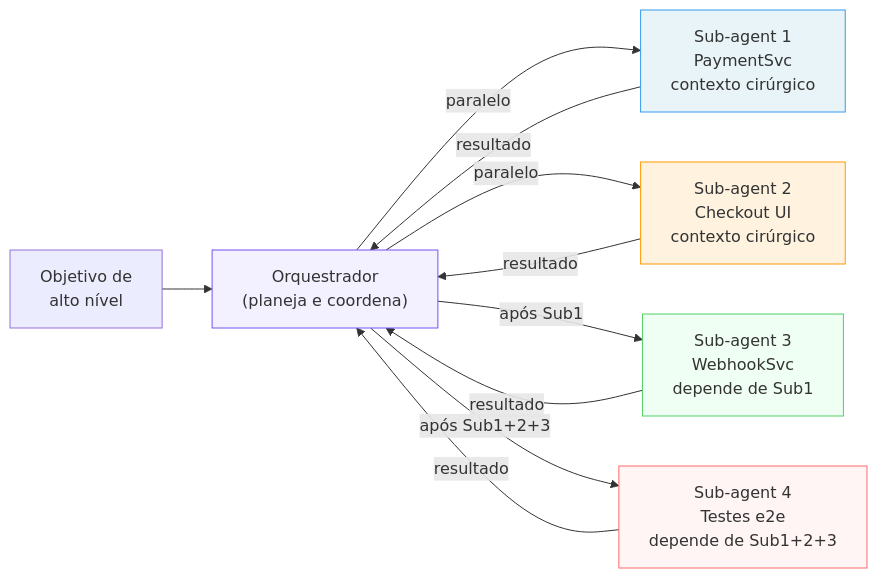
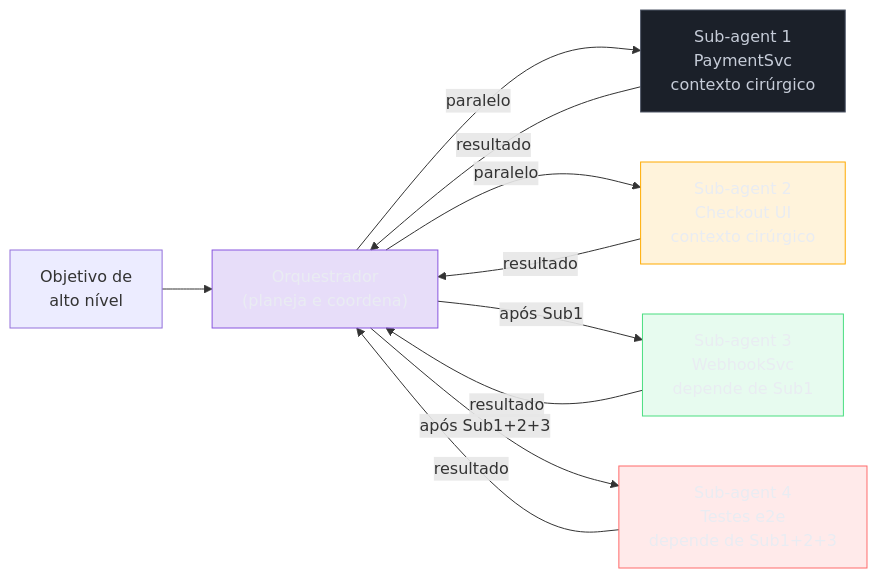
One commit to josenaldo/codex-technomanticus changed the diagram in 03-Dominios/Tecnologia/IA/Claude Code/Workflows/08 - Multi-agent.md. Above: the diagram before and after it, drawn with Mermaid. The commit also changed 1181 other files, not shown here.

First line of the commit message:
fix(diagramas): paleta do sistema no lugar de cor cravada no markdown

````diff
--- a/03-Dominios/Tecnologia/IA/Claude Code/Workflows/08 - Multi-agent.md
+++ b/03-Dominios/Tecnologia/IA/Claude Code/Workflows/08 - Multi-agent.md
@@ -31,26 +31,31 @@
 ```mermaid
 flowchart LR
+    classDef marca fill:#8855DF33,stroke:#8855DF,color:#E9ECF2
+    classDef neutro fill:#1B2029,stroke:#4E5666,color:#C6CCD8
+    classDef destaque fill:#FFAA0024,stroke:#FFAA00,color:#E9ECF2
+    classDef ok fill:#4ADE8021,stroke:#4ADE80,color:#E9ECF2
+    classDef falha fill:#FF6B6B24,stroke:#FF6B6B,color:#E9ECF2
     objetivo["Objetivo de\nalto nível"]
     orch["Orquestrador\n(planeja e coordena)"]
 
     sub1["Sub-agent 1\nPaymentSvc\ncontexto cirúrgico"]
     sub2["Sub-agent 2\nCheckout UI\ncontexto cirúrgico"]
     sub3["Sub-agent 3\nWebhookSvc\ndepende de Sub1"]
     sub4["Sub-agent 4\nTestes e2e\ndepende de Sub1+2+3"]
 
     objetivo --> orch
     orch -->|"paralelo"| sub1
     orch -->|"paralelo"| sub2
     sub1 -->|"resultado"| orch
     sub2 -->|"resultado"| orch
     orch -->|"após Sub1"| sub3
     sub3 -->|"resultado"| orch
     orch -->|"após Sub1+2+3"| sub4
     sub4 -->|"resultado"| orch
 
-    style orch fill:#f3f0ff,stroke:#7950f2
-    style sub1 fill:#e8f4f8,stroke:#339af0
-    style sub2 fill:#fff3e0,stroke:#ff9800
-    style sub3 fill:#f0fff4,stroke:#51cf66
-    style sub4 fill:#fff5f5,stroke:#ff6b6b
+    class orch marca
+    class sub1 neutro
+    class sub2 destaque
+    class sub3 ok
+    class sub4 falha
 ```
````
